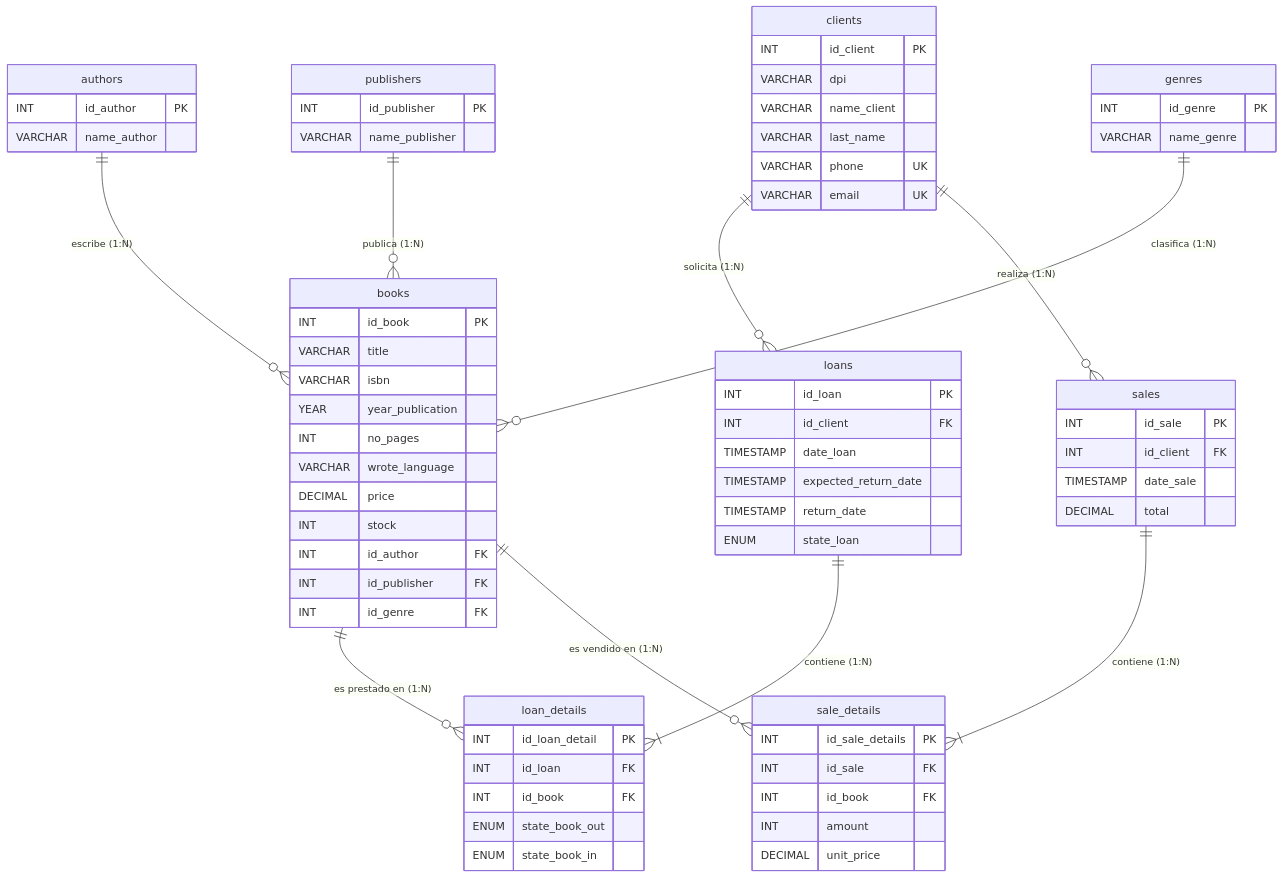
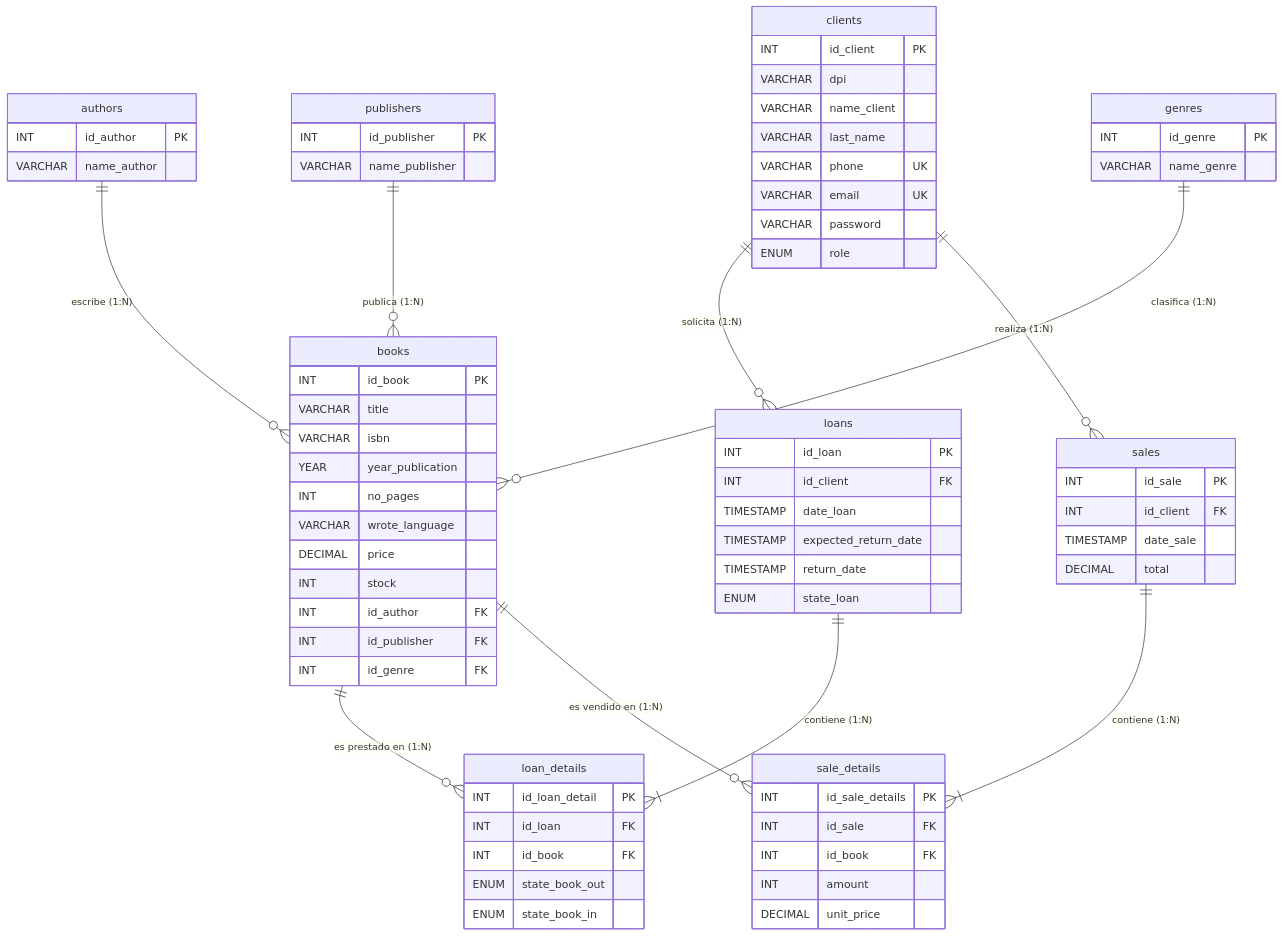
Before and after one commit to Anderson-Oloroso/minerva-lib: the diagram in database/README.md, drawn with Mermaid. The commit also changed other lines of this file and 8 other files, not shown here.

```diff
--- a/database/README.md
+++ b/database/README.md
@@ -70,6 +70,8 @@
         VARCHAR last_name
         VARCHAR phone UK
         VARCHAR email UK
+        VARCHAR password
+        ENUM role
     }
 
     loans {
```
